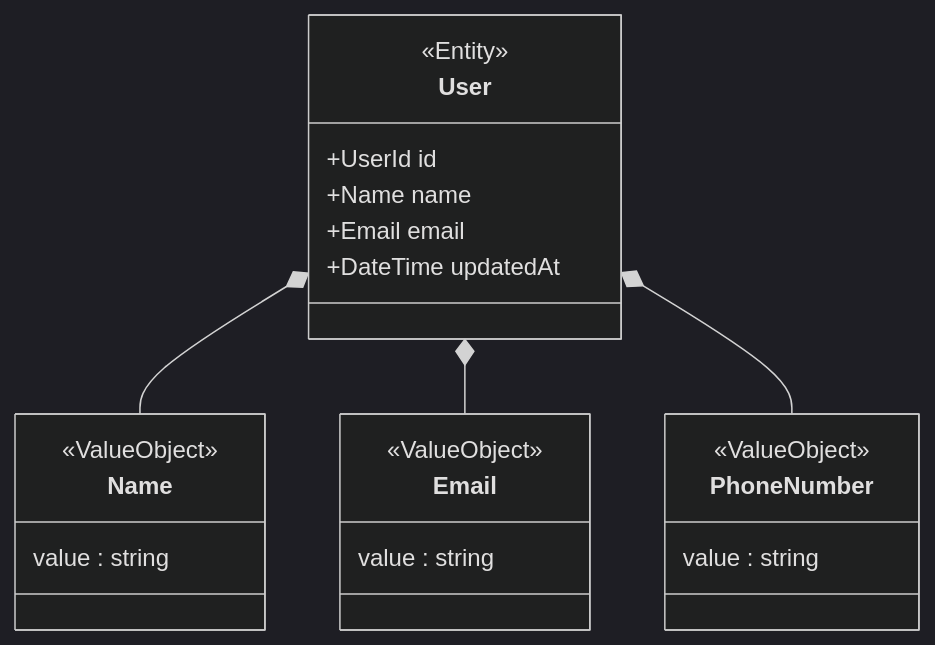
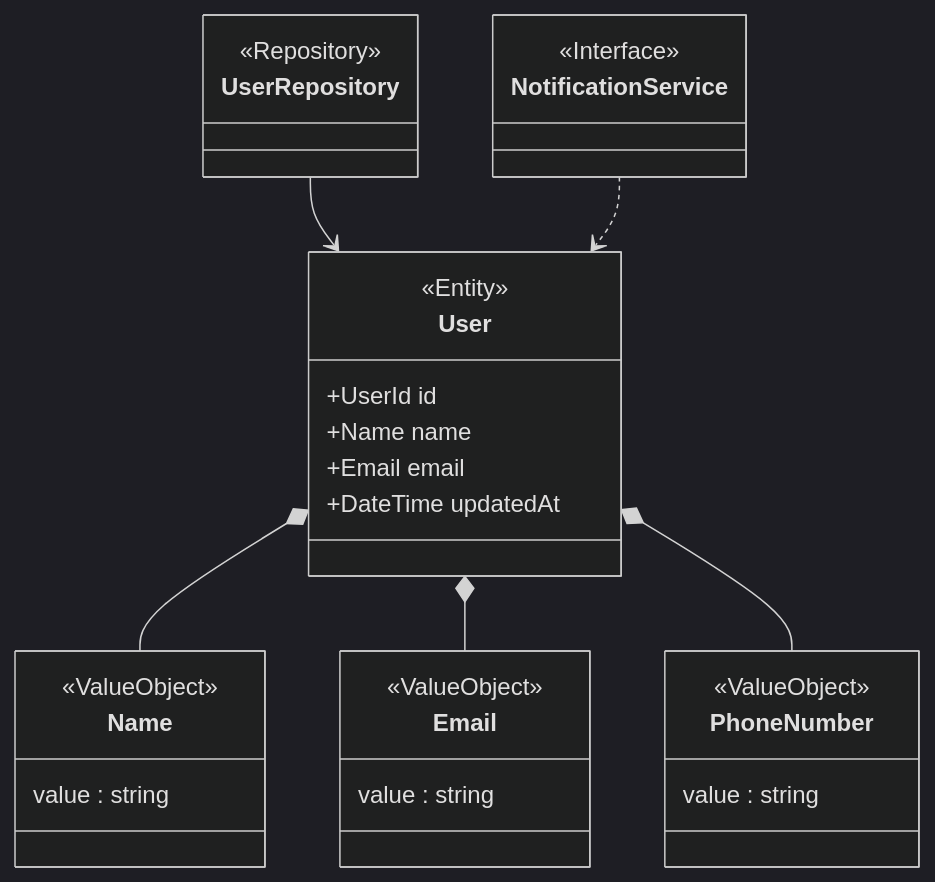
One commit to taka-chin/coding-test changed the diagram in clean_architecture/docs/domain_model.md. Above: the diagram before and after it, drawn with Mermaid (dark theme).

Commit message:
interfaceの追加

````diff
--- a/clean_architecture/docs/domain_model.md
+++ b/clean_architecture/docs/domain_model.md
@@ -3,31 +3,42 @@
 ```mermaid
 classDiagram
 
 class User{
     <<Entity>>
     +UserId id
     +Name name
     +Email email
     +DateTime updatedAt
 }
 
 class Name{
     <<ValueObject>>
     value : string
 }
 
 class Email {
     <<ValueObject>>
     value : string
 }
 
 class PhoneNumber{
     <<ValueObject>>
     value : string
 }
 
+class UserRepository {
+        <<Repository>>
+}
+
+class NotificationService {
+        <<Interface>>
+}
+
 User *-- Name
 User *-- Email
 User *-- PhoneNumber
 
+UserRepository --> User
+NotificationService ..> User
+
 ```
````
